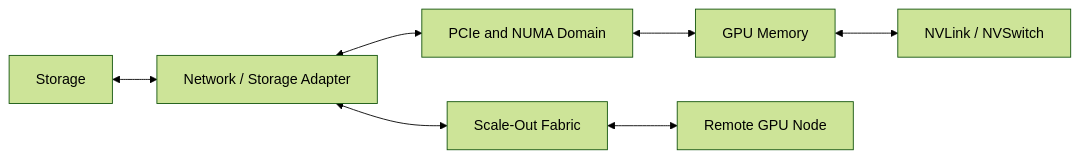
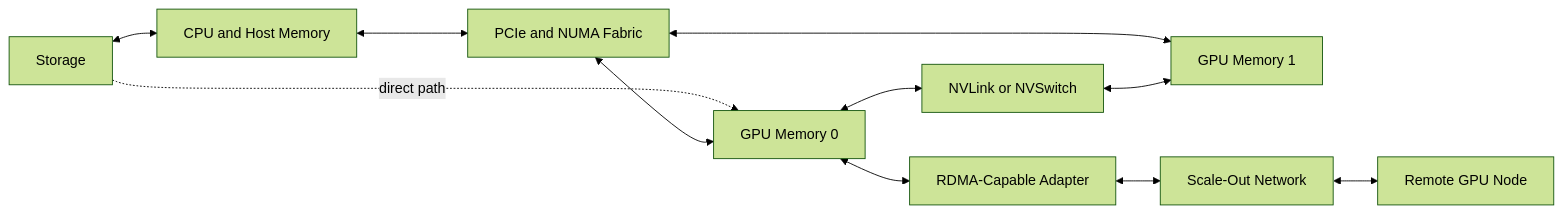
One commit to jithinpnjm/nvidia-devops changed the first of 2 diagrams in docs/nvidia-zero-to-hero/volume-07/chapter-12-volume-07-summary.md. Above: the diagram before and after it, drawn with Mermaid (forest theme). The commit also changed other lines of this file and 7 other files, not shown here.

````diff
--- a/docs/nvidia-zero-to-hero/volume-07/chapter-12-volume-07-summary.md
+++ b/docs/nvidia-zero-to-hero/volume-07/chapter-12-volume-07-summary.md
@@ -14,9 +31,21 @@
 ```mermaid
 flowchart LR
-    Storage[Storage] <--> NIC[Network / Storage Adapter]
-    NIC <--> PCIe[PCIe and NUMA Domain]
-    PCIe <--> GPU[GPU Memory]
-    GPU <--> Scale[NVLink / NVSwitch]
-    NIC <--> Fabric[Scale-Out Fabric]
-    Fabric <--> Remote[Remote GPU Node]
+    Storage[Storage]
+    CPU[CPU and Host Memory]
+    PCIe[PCIe and NUMA Fabric]
+    GPU0[GPU Memory 0]
+    ScaleUp[NVLink or NVSwitch]
+    GPU1[GPU Memory 1]
+    NIC[RDMA-Capable Adapter]
+    Fabric[Scale-Out Network]
+    Remote[Remote GPU Node]
+
+    Storage <--> CPU
+    Storage -. direct path .-> GPU0
+    CPU <--> PCIe
+    PCIe <--> GPU0
+    PCIe <--> GPU1
+    GPU0 <--> ScaleUp <--> GPU1
+    GPU0 <--> NIC
+    NIC <--> Fabric <--> Remote
 ```
````
